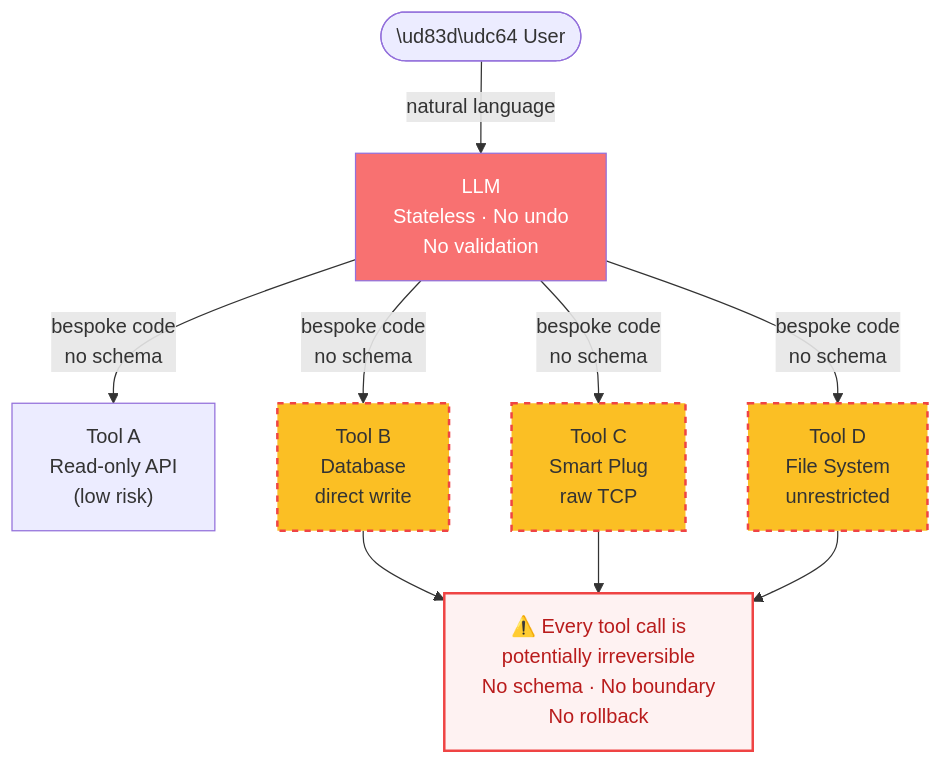
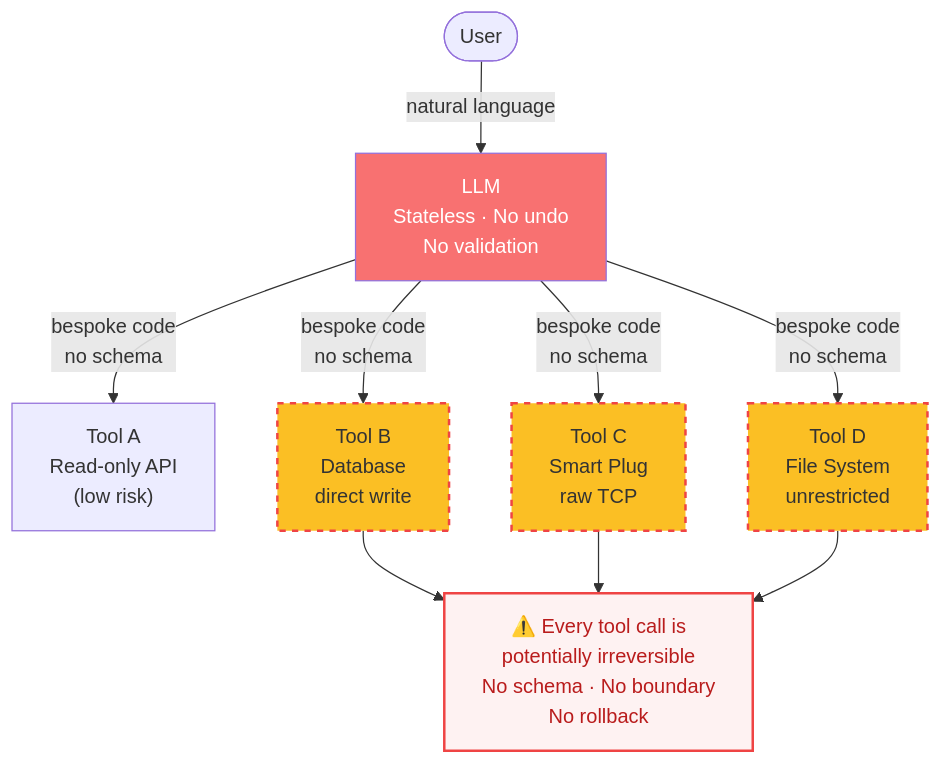
The first of 8 diagrams in workflow/workflow.md (mohitagr18/ch08-model-context-protocol), drawn with Mermaid before and after one commit. The commit also changed other lines of this file, not shown here.

Commit message:
Fix user representation in workflow diagrams

````diff
--- a/workflow/workflow.md
+++ b/workflow/workflow.md
@@ -17,23 +17,23 @@
 ```mermaid
 flowchart TD
-    U(["\ud83d\udc64 User"])
+    U(["User"])
     LLM["LLM\nStateless · No undo\nNo validation"]
     T1["Tool A\nRead-only API\n(low risk)"]
     T2["Tool B\nDatabase\ndirect write"]
     T3["Tool C\nSmart Plug\nraw TCP"]
     T4["Tool D\nFile System\nunrestricted"]
     WARN["⚠️ Every tool call is\npotentially irreversible\nNo schema · No boundary\nNo rollback"]
 
     U -->|natural language| LLM
     LLM -->|"bespoke code\nno schema"| T1
     LLM -->|"bespoke code\nno schema"| T2
     LLM -->|"bespoke code\nno schema"| T3
     LLM -->|"bespoke code\nno schema"| T4
     T2 & T3 & T4 --> WARN
 
     style LLM fill:#f87171,color:#fff
     style T2 fill:#fbbf24,stroke:#ef4444,stroke-width:2px,stroke-dasharray:5 5
     style T3 fill:#fbbf24,stroke:#ef4444,stroke-width:2px,stroke-dasharray:5 5
     style T4 fill:#fbbf24,stroke:#ef4444,stroke-width:2px,stroke-dasharray:5 5
     style WARN fill:#fef2f2,stroke:#ef4444,stroke-width:2px,color:#b91c1c
 ```
````
